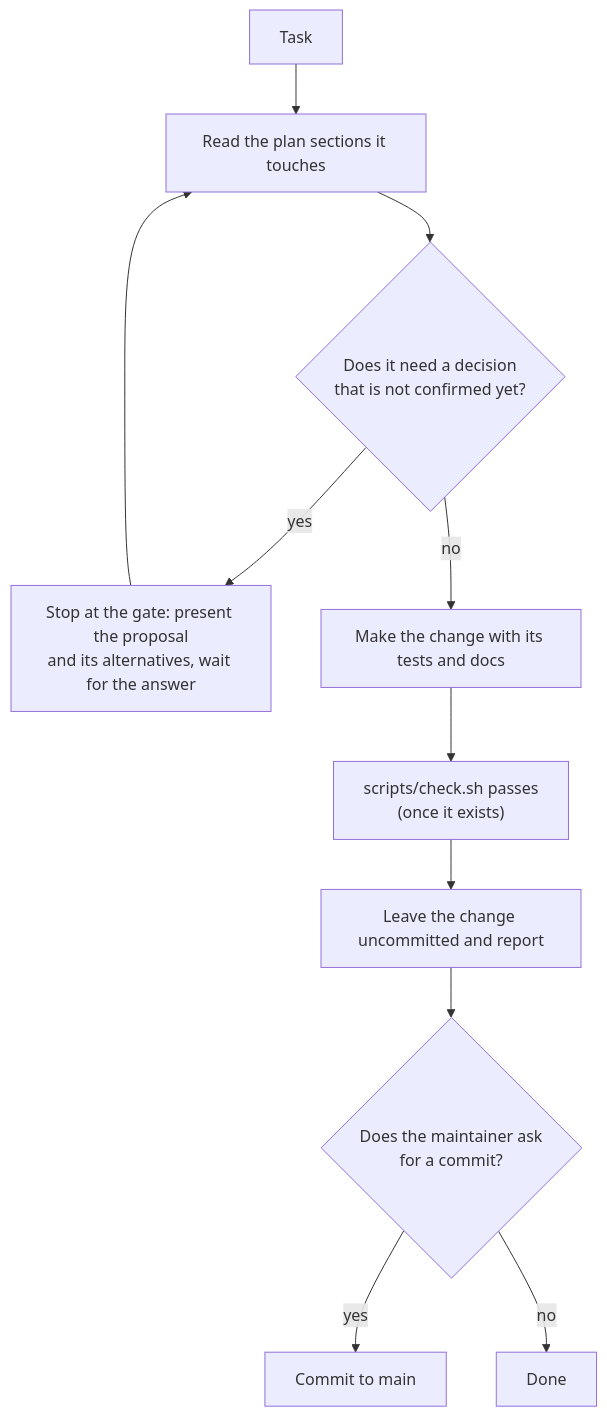
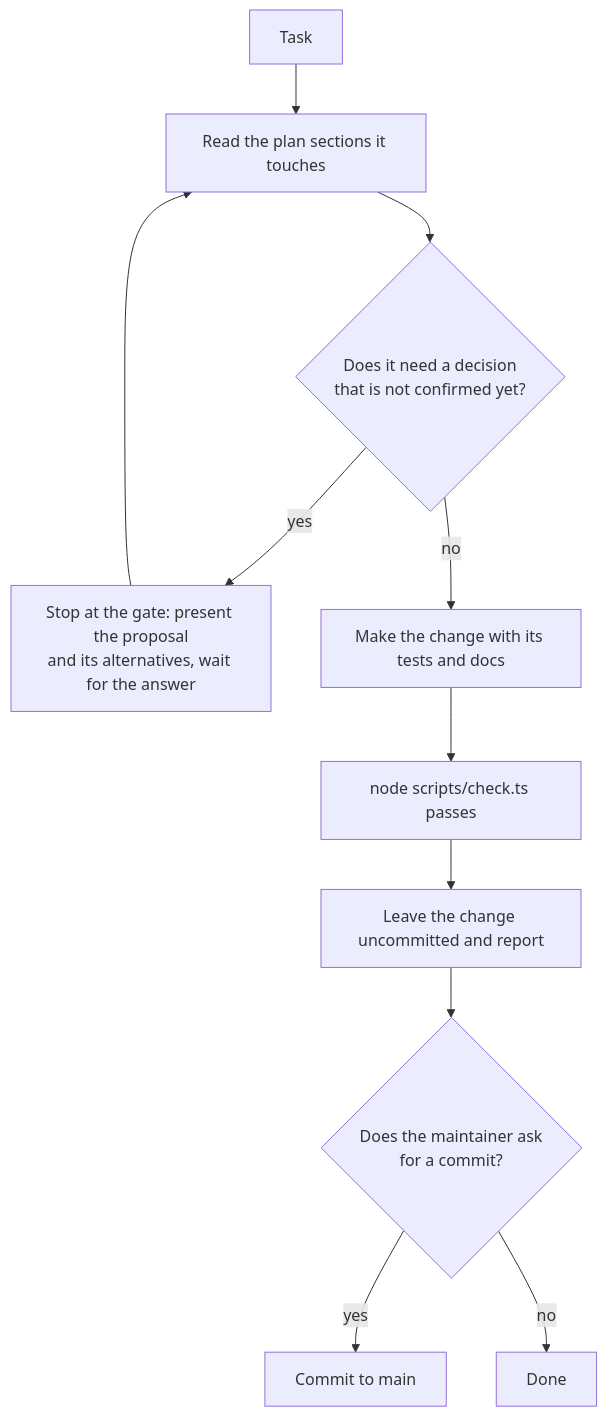
Before and after one commit to caoccao/cc-media-probe: the diagram in CLAUDE.md, drawn with Mermaid. The commit also changed other lines of this file and 161 other files, not shown here.

````diff
--- a/CLAUDE.md
+++ b/CLAUDE.md
@@ -15,13 +15,13 @@
 ```mermaid
 flowchart TD
   T["Task"] --> R["Read the plan sections it touches"]
   R --> D{"Does it need a decision<br/>that is not confirmed yet?"}
   D -->|yes| A["Stop at the gate: present the proposal<br/>and its alternatives, wait for the answer"]
   A --> R
   D -->|no| W["Make the change with its tests and docs"]
-  W --> C["scripts/check.sh passes<br/>(once it exists)"]
+  W --> C["node scripts/check.ts passes"]
   C --> L["Leave the change uncommitted and report"]
   L --> Q{"Does the maintainer ask<br/>for a commit?"}
   Q -->|yes| CM["Commit to main"]
   Q -->|no| DN["Done"]
 ```
````
